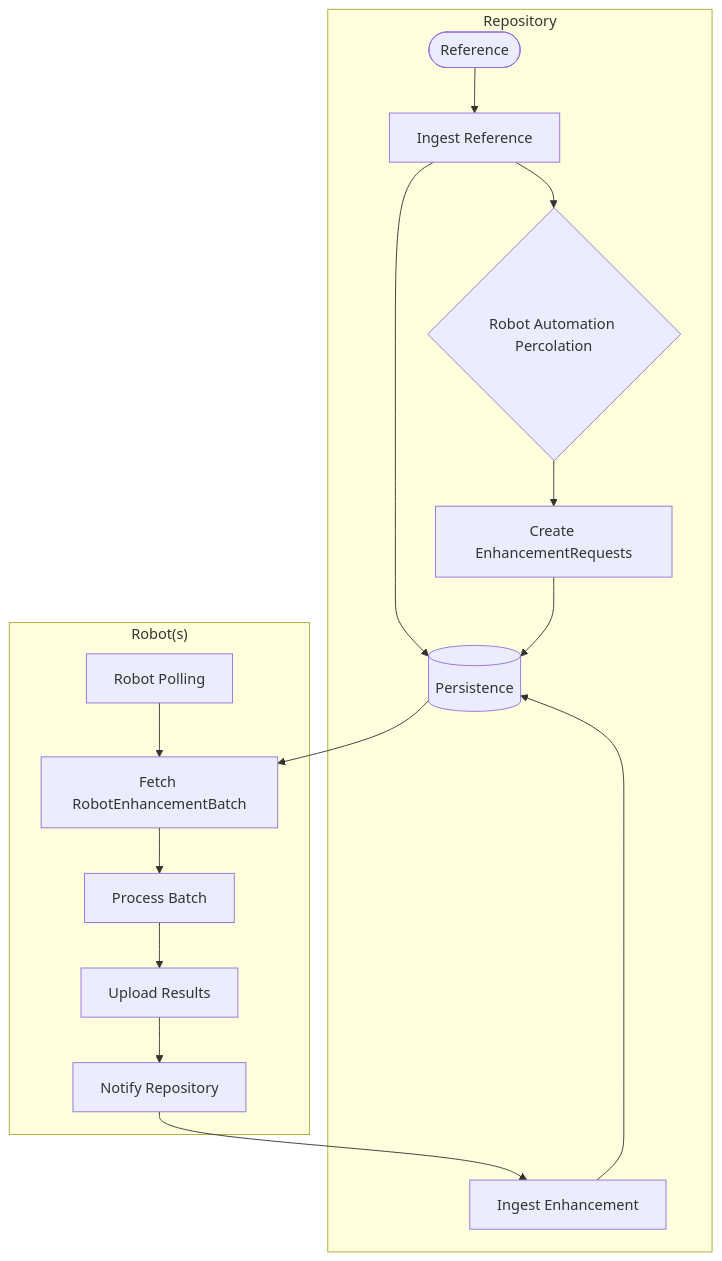
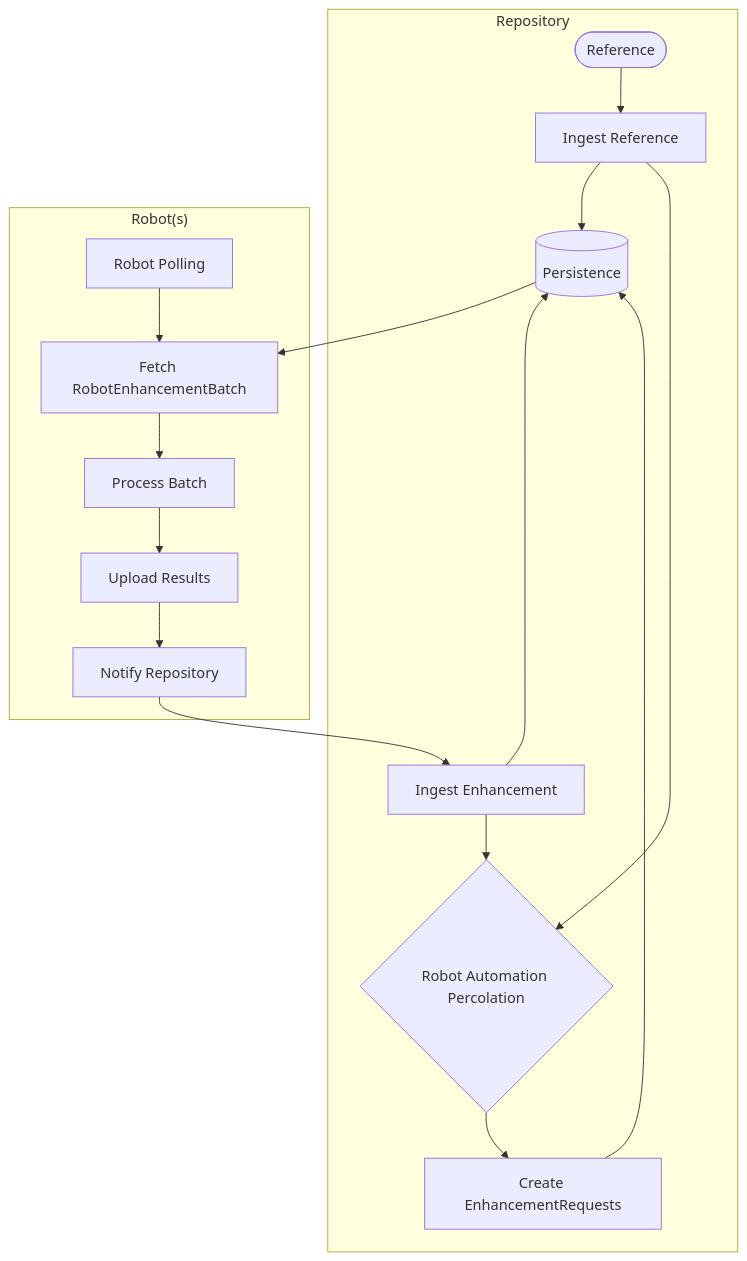
Before and after one commit to destiny-evidence/destiny-repository: the second of 2 diagrams in docs/procedures/robot-automation.rst, drawn with Mermaid. The commit also changed 1 other file, not shown here.

Commit message:
Address PR comments

```diff
--- a/docs/procedures/robot-automation.rst
+++ b/docs/procedures/robot-automation.rst
@@ -37,19 +37,20 @@
 .. mermaid::
 
     flowchart TD
         subgraph Repository
             G_R([Reference]) --> G_R1[Ingest Reference]
             G_R1 --> G_P[(Persistence)]
             G_R1 --> G_AUTO{Robot Automation Percolation}
             G_AUTO --> G_REQ[Create EnhancementRequests]
             G_REQ --> G_P[(Persistence)]
             G_REPO_PROC[Ingest Enhancement] --> G_P
+            G_REPO_PROC --> G_AUTO
         end
         subgraph "Robot(s)"
             G_POLL[Robot Polling] --> G_BATCH[Fetch RobotEnhancementBatch]
             G_P --> G_BATCH
             G_BATCH --> G_ROBOT_PROC[Process Batch]
             G_ROBOT_PROC --> G_UPLOAD[Upload Results]
             G_UPLOAD --> G_REPO[Notify Repository]
         end
         G_REPO --> G_REPO_PROC
```
